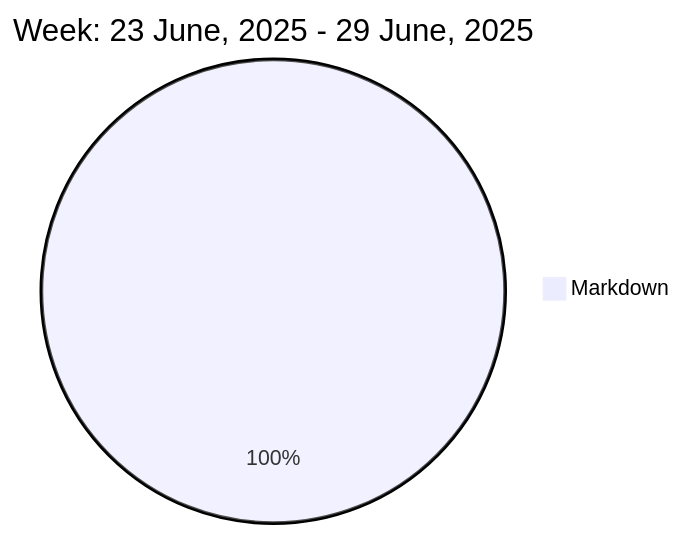
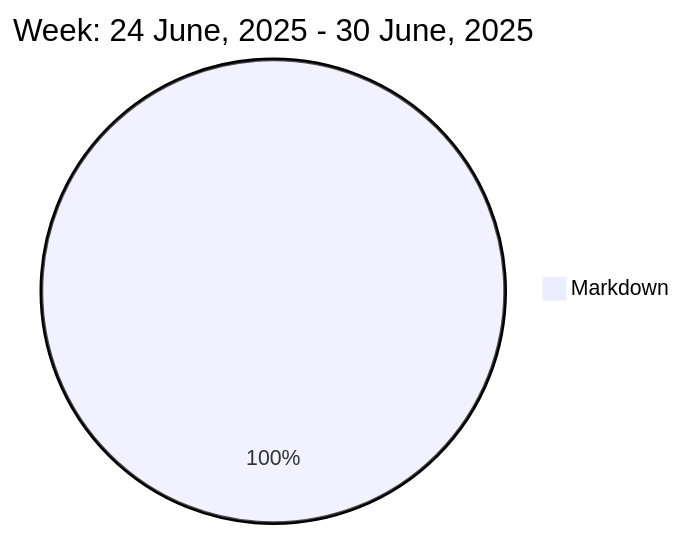
The diagram in README.md (liubin95/liubin95), drawn with Mermaid before and after one commit.

Commit message:
Updated the Graph with new Metrics

````diff
--- a/README.md
+++ b/README.md
@@ -37,5 +37,5 @@
 ```mermaid
  pie
-title Week: 23 June, 2025 - 29 June, 2025
- "Markdown" : 2.5
+title Week: 24 June, 2025 - 30 June, 2025
+ "Markdown" : 3.28
 ```
````
